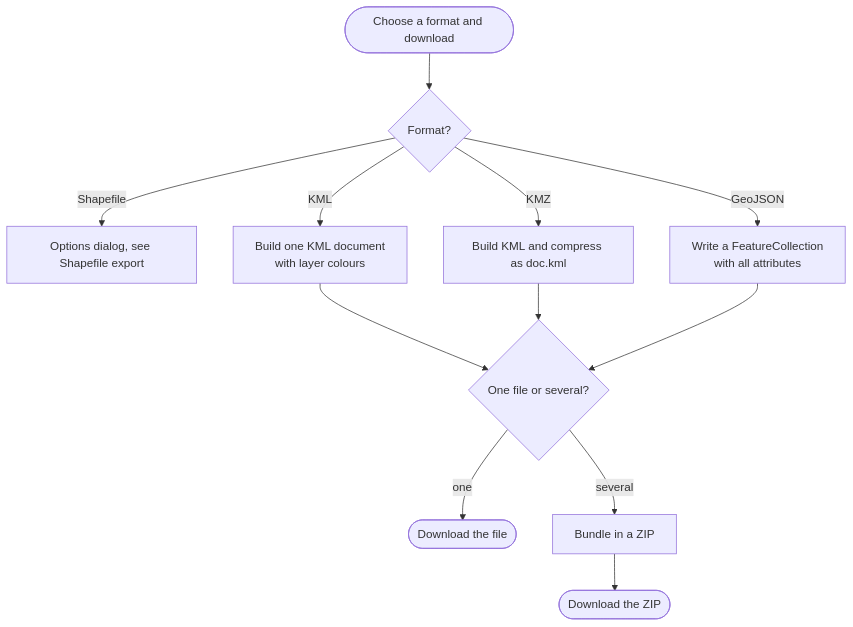
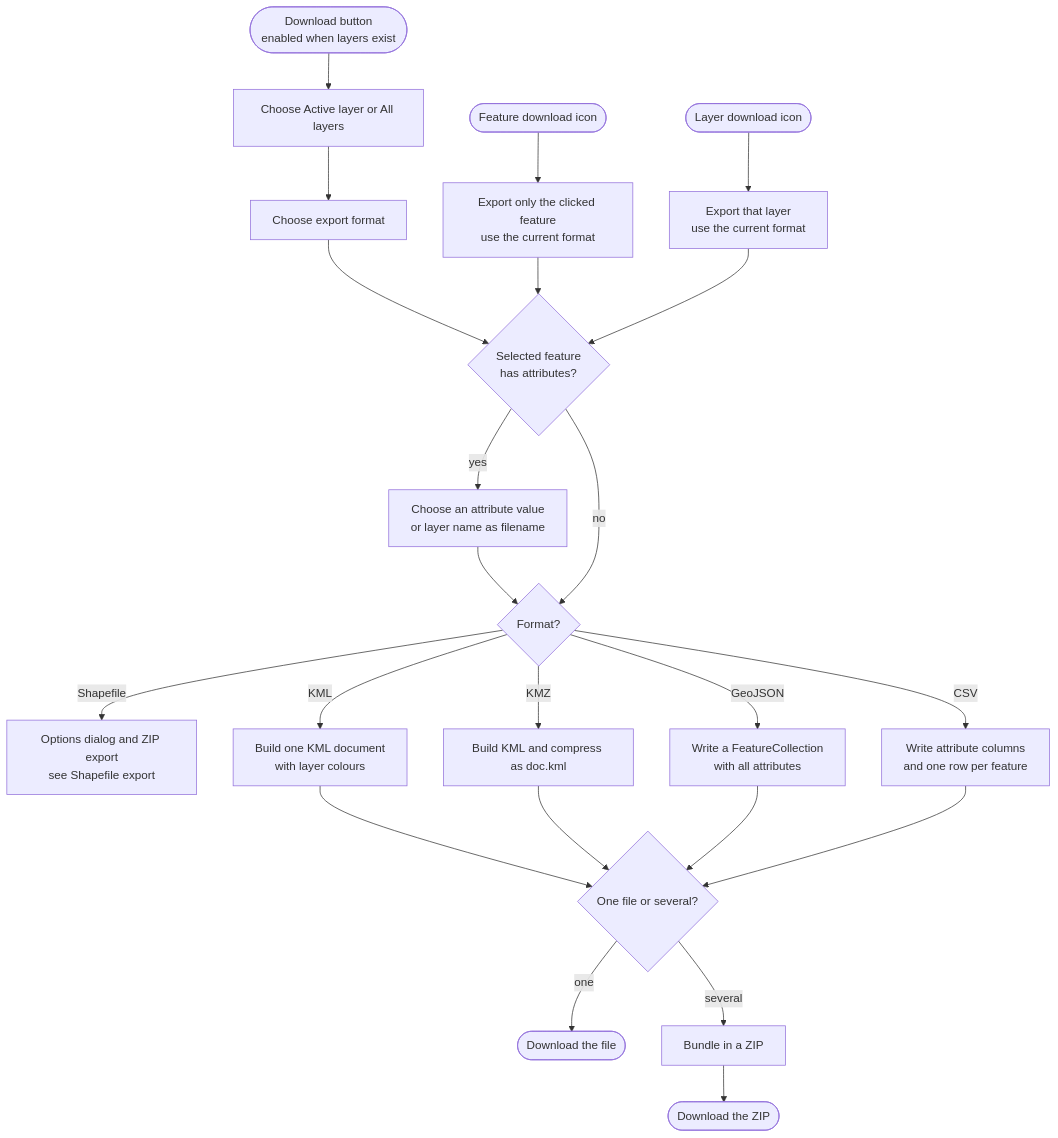
Before and after one commit to telstra-joseph/geoeditor: the seventh of 9 diagrams in FLOWCHART.md, drawn with Mermaid. The commit also changed other lines of this file and 2 other files, not shown here.

First line of the commit message:
Version 1.0: Update feature documentation, flowcharts, and help

````diff
--- a/FLOWCHART.md
+++ b/FLOWCHART.md
@@ -181,13 +203,24 @@
 ```mermaid
 flowchart TD
-    A(["Choose a format and download"]) --> B{"Format?"}
-    B -->|"Shapefile"| C["Options dialog, see Shapefile export"]
+    A(["Download button<br/>enabled when layers exist"]) --> Scope["Choose Active layer or All layers"]
+    Scope --> Format["Choose export format"]
+    Format --> Name{"Selected feature<br/>has attributes?"}
+    Row(["Feature download icon"]) --> Single["Export only the clicked feature<br/>use the current format"]
+    Single --> Name
+    Layer(["Layer download icon"]) --> Current["Export that layer<br/>use the current format"]
+    Current --> Name
+    Name -->|"yes"| Filename["Choose an attribute value<br/>or layer name as filename"]
+    Filename --> B{"Format?"}
+    Name -->|"no"| B
+    B -->|"Shapefile"| C["Options dialog and ZIP export<br/>see Shapefile export"]
     B -->|"KML"| D["Build one KML document<br/>with layer colours"]
     B -->|"KMZ"| E["Build KML and compress as doc.kml"]
     B -->|"GeoJSON"| F["Write a FeatureCollection<br/>with all attributes"]
+    B -->|"CSV"| CSV["Write attribute columns<br/>and one row per feature"]
     D --> G{"One file or several?"}
     E --> G
     F --> G
+    CSV --> G
     G -->|"one"| H(["Download the file"])
     G -->|"several"| I["Bundle in a ZIP"] --> J(["Download the ZIP"])
 ```
````
